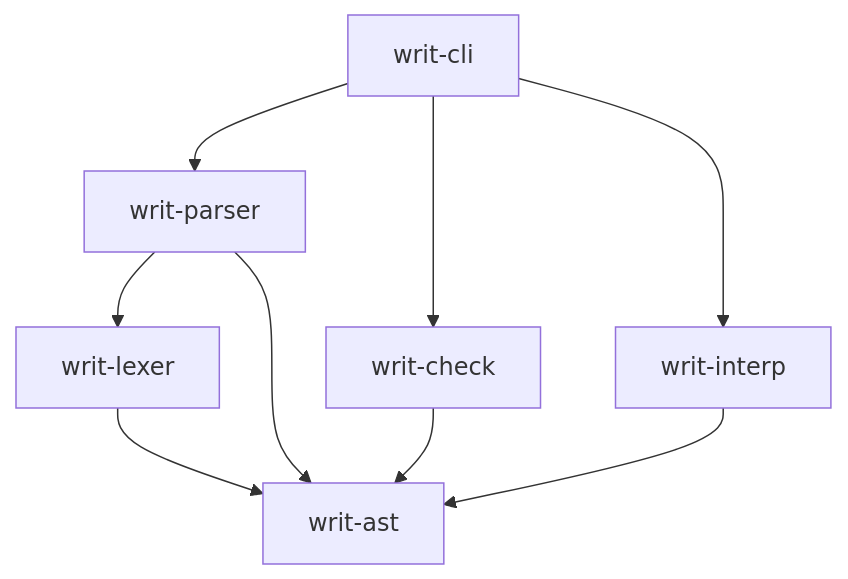
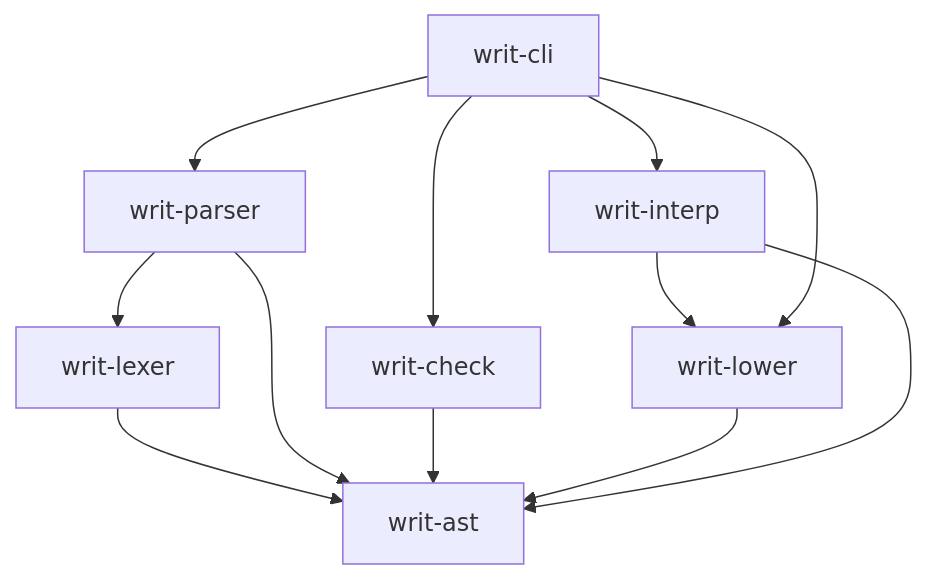
One commit to PaoloBozzini/writ changed the diagram in CLAUDE.md. Above: the diagram before and after it, drawn with Mermaid. The commit also changed other lines of this file and 17 other files, not shown here.

````diff
--- a/CLAUDE.md
+++ b/CLAUDE.md
@@ -40,11 +40,14 @@
 ```mermaid
 graph TD
   lexer[writ-lexer] --> ast[writ-ast]
   parser[writ-parser] --> lexer
   parser --> ast
   check[writ-check] --> ast
+  lower[writ-lower] --> ast
   interp[writ-interp] --> ast
+  interp --> lower
   cli[writ-cli] --> parser
   cli --> check
+  cli --> lower
   cli --> interp
 ```
````
